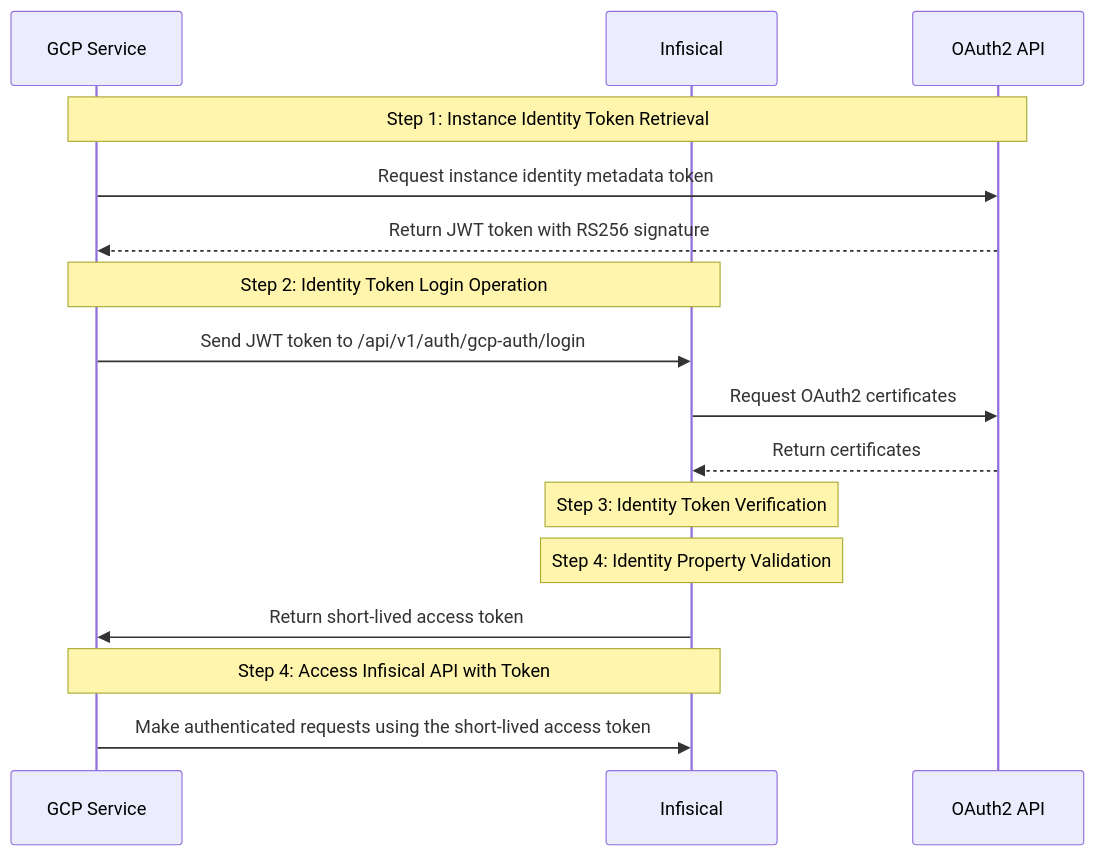
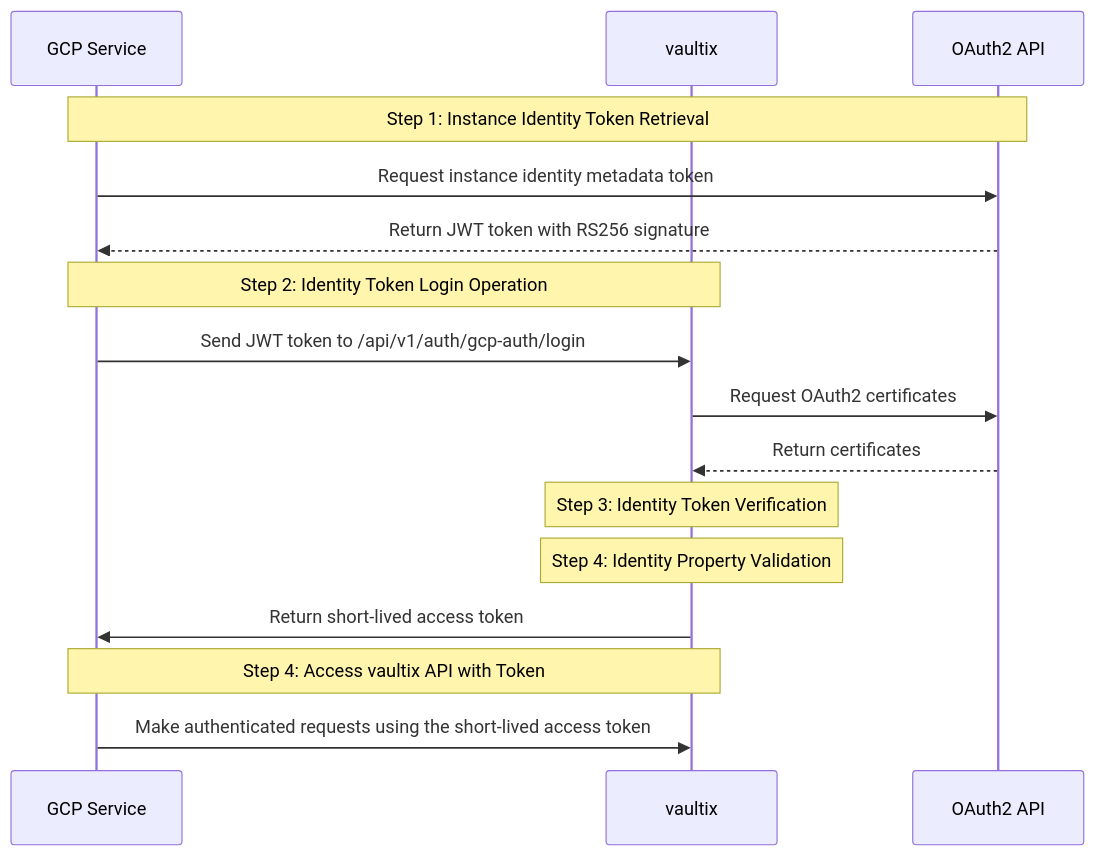
The first of 2 diagrams in core/docs/documentation/platform/identities/gcp-auth.mdx (shippinAI/vaultix), drawn with Mermaid before and after one commit. The commit also changed other lines of this file and 1202 other files, not shown here.

````diff
--- a/core/docs/documentation/platform/identities/gcp-auth.mdx
+++ b/core/docs/documentation/platform/identities/gcp-auth.mdx
@@ -18,22 +18,22 @@
 ```mermaid
 sequenceDiagram
   participant GCE as GCP Service
-  participant Infis as Infisical
+  participant Infis as vaultix
   participant Google as OAuth2 API
 
   Note over GCE,Google: Step 1: Instance Identity Token Retrieval
   GCE->>Google: Request instance identity metadata token
   Google-->>GCE: Return JWT token with RS256 signature
 
   Note over GCE,Infis: Step 2: Identity Token Login Operation
   GCE->>Infis: Send JWT token to /api/v1/auth/gcp-auth/login
   Infis->>Google: Request OAuth2 certificates
   Google-->>Infis: Return certificates
 
   Note over Infis: Step 3: Identity Token Verification
   Note over Infis: Step 4: Identity Property Validation
   Infis->>GCE: Return short-lived access token
 
-  Note over GCE,Infis: Step 4: Access Infisical API with Token
+  Note over GCE,Infis: Step 4: Access vaultix API with Token
   GCE->>Infis: Make authenticated requests using the short-lived access token
 ```
````
